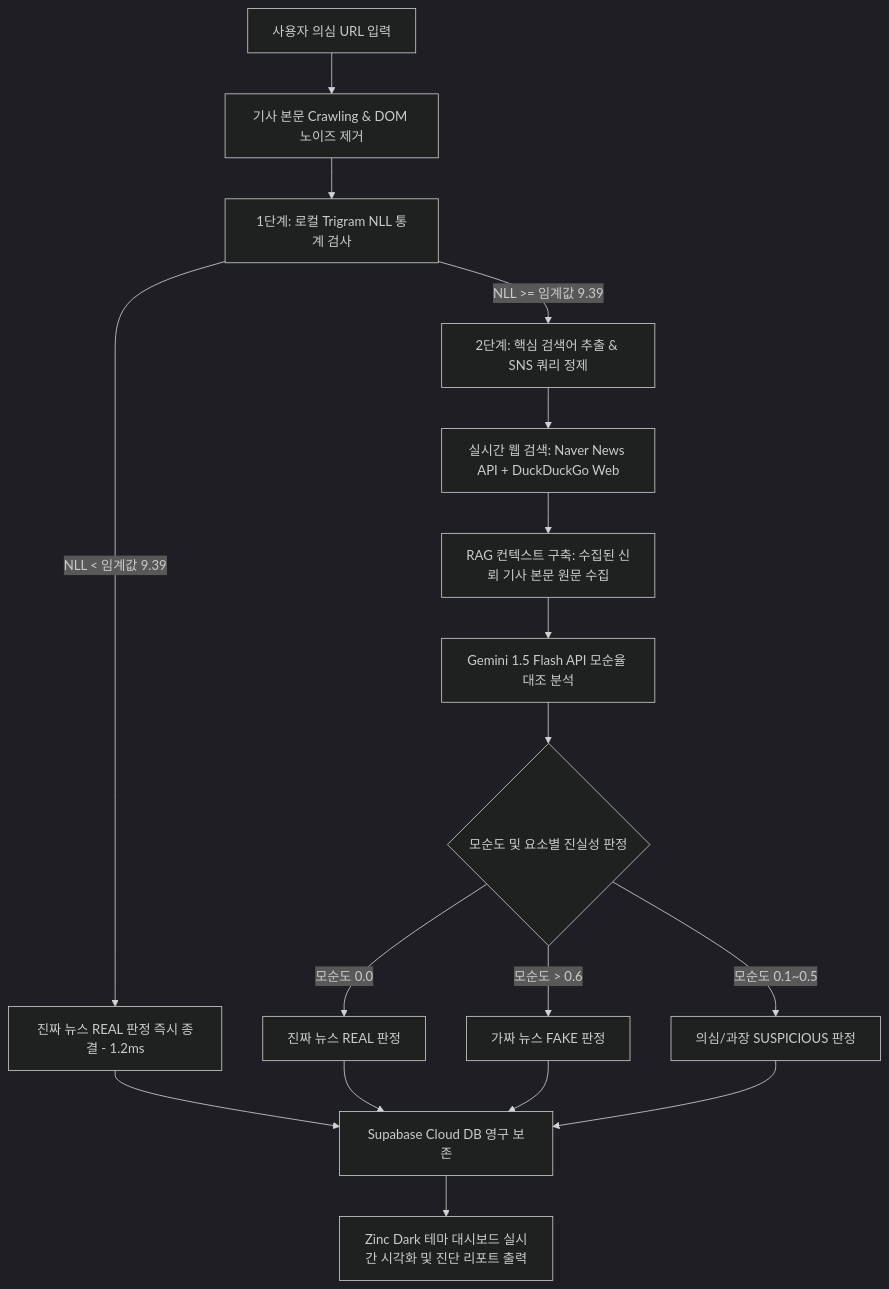
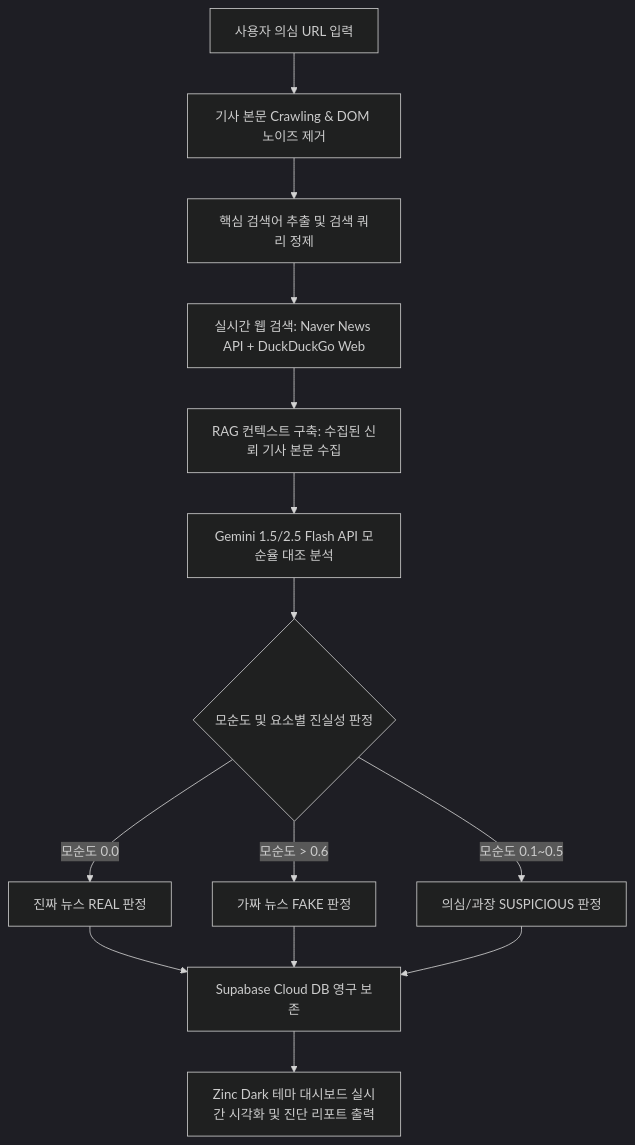
Before and after one commit to woosh0901-sys/fakenews: the diagram in README.md, drawn with Mermaid (dark theme). The commit also changed other lines of this file and 6 other files, not shown here.

Commit message:
refactor: remove Stage 1 NLL filter and simplify architecture to single-stage RAG-LLM

````diff
--- a/README.md
+++ b/README.md
@@ -27,16 +27,14 @@
 ```mermaid
 graph TD
     A[사용자 의심 URL 입력] --> B[기사 본문 Crawling & DOM 노이즈 제거]
-    B --> C[1단계: 로컬 Trigram NLL 통계 검사]
-    C -->|NLL < 임계값 9.39| D[진짜 뉴스 REAL 판정 즉시 종결 - 1.2ms]
-    C -->|NLL >= 임계값 9.39| E[2단계: 핵심 검색어 추출 & SNS 쿼리 정제]
+    B --> E[핵심 검색어 추출 및 검색 쿼리 정제]
     E --> F[실시간 웹 검색: Naver News API + DuckDuckGo Web]
-    F --> G[RAG 컨텍스트 구축: 수집된 신뢰 기사 본문 원문 수집]
-    G --> H[Gemini 1.5 Flash API 모순율 대조 분석]
+    F --> G[RAG 컨텍스트 구축: 수집된 신뢰 기사 본문 수집]
+    G --> H[Gemini 1.5/2.5 Flash API 모순율 대조 분석]
     H --> I{모순도 및 요소별 진실성 판정}
     I -->|모순도 0.0| J[진짜 뉴스 REAL 판정]
     I -->|모순도 > 0.6| K[가짜 뉴스 FAKE 판정]
     I -->|모순도 0.1~0.5| L[의심/과장 SUSPICIOUS 판정]
-    D & J & K & L --> M[Supabase Cloud DB 영구 보존]
+    J & K & L --> M[Supabase Cloud DB 영구 보존]
     M --> N[Zinc Dark 테마 대시보드 실시간 시각화 및 진단 리포트 출력]
 ```
````
